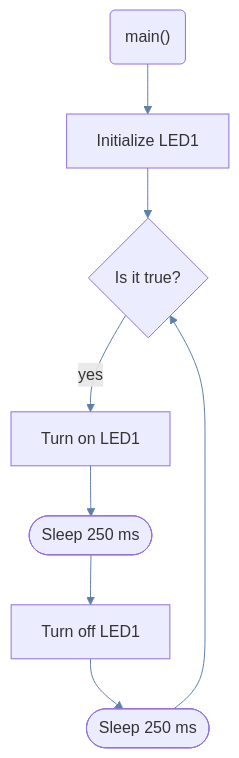
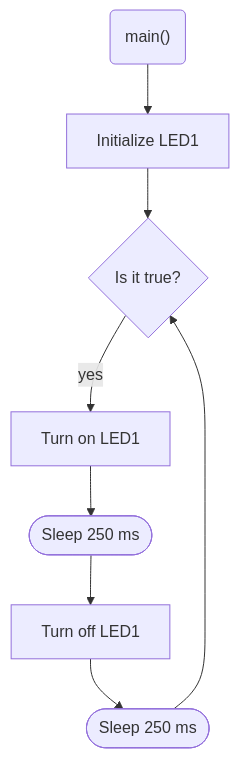
One commit to JohnMLarkin/EN173-LabGuides changed the diagram in modules/ROOT/pages/lab1.adoc. Above: the diagram before and after it, drawn with Mermaid. The commit also changed other lines of this file, not shown here.

Commit message:
Fix callout in program 1 source

````diff
--- a/modules/ROOT/pages/lab1.adoc
+++ b/modules/ROOT/pages/lab1.adoc
@@ -11,14 +11,10 @@
 ```mermaid
-%%{ init: {'theme':'light',
-    'themeVariables': {
-	    'lineColor': '#5E81AC'
-} } }%%
 graph TD
   A("main()") --> B[Initialize LED1]
   B --> C{Is it true?}
   C --> |yes| D[Turn on LED1]
   D --> E([Sleep 250 ms])
   E --> F[Turn off LED1]
   F --> G([Sleep 250 ms])
   G --> C
 ```
````
